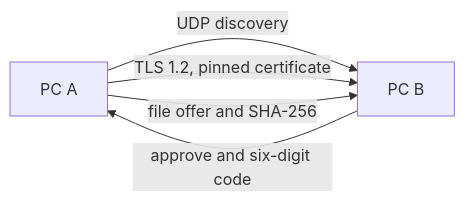
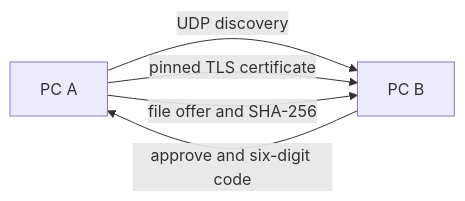
One commit to SMR-2009/lanbridge changed the diagram in README.md. Above: the diagram before and after it, drawn with Mermaid. The commit also changed other lines of this file and 52 other files, not shown here.

````diff
--- a/README.md
+++ b/README.md
@@ -106,7 +106,7 @@
 ```mermaid
 flowchart LR
   A[PC A] -- UDP discovery --> B[PC B]
-  A -- TLS 1.2, pinned certificate --> B
+  A -- pinned TLS certificate --> B
   B -- approve and six-digit code --> A
   A -- file offer and SHA-256 --> B
 ```
````
